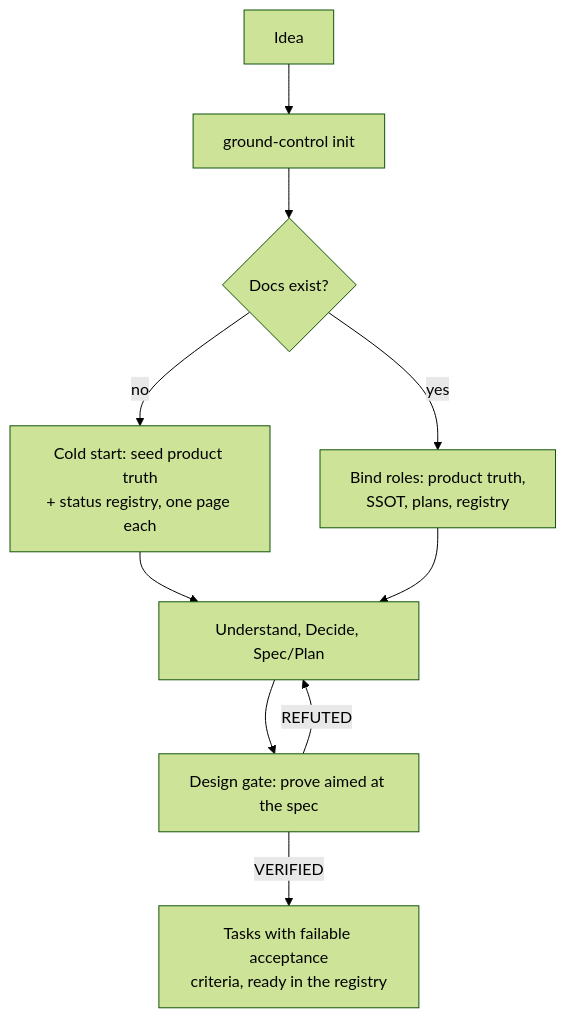
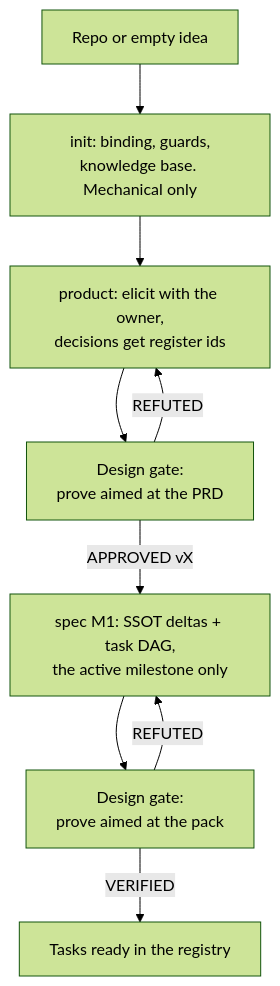
One commit to websublime/major-tom changed the second of 4 diagrams in README.md. Above: the diagram before and after it, drawn with Mermaid (forest theme). The commit also changed other lines of this file and 3 other files, not shown here.

First line of the commit message:
feat(ground-control): product, spec, and agent modes; init goes purely mechanical

````diff
--- a/README.md
+++ b/README.md
@@ -60,12 +62,11 @@
 ```mermaid
 flowchart TD
-    A[Idea] --> B[ground-control init]
-    B --> C{Docs exist?}
-    C -->|no| D[Cold start: seed product truth<br/>+ status registry, one page each]
-    C -->|yes| E[Bind roles: product truth,<br/>SSOT, plans, registry]
-    D --> F[Understand, Decide, Spec/Plan]
-    E --> F
-    F --> G[Design gate: prove aimed at the spec]
-    G -->|VERIFIED| H[Tasks with failable acceptance<br/>criteria, ready in the registry]
-    G -->|REFUTED| F
+    A[Repo or empty idea] --> B[init: binding, guards,<br/>knowledge base. Mechanical only]
+    B --> C[product: elicit with the owner,<br/>decisions get register ids]
+    C --> D[Design gate:<br/>prove aimed at the PRD]
+    D -->|APPROVED vX| E[spec M1: SSOT deltas + task DAG,<br/>the active milestone only]
+    E --> F[Design gate:<br/>prove aimed at the pack]
+    F -->|VERIFIED| G[Tasks ready in the registry]
+    D -->|REFUTED| C
+    F -->|REFUTED| E
 ```
````
